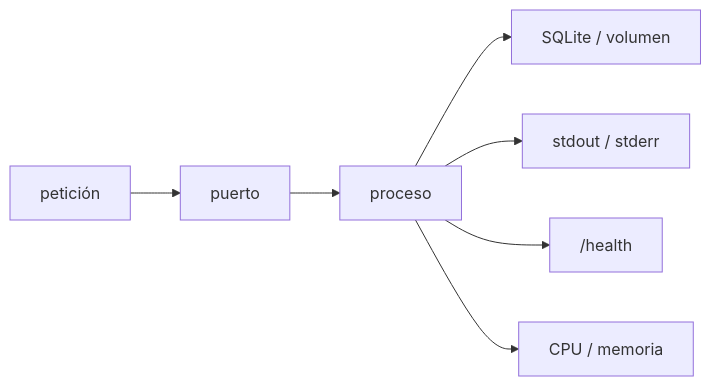
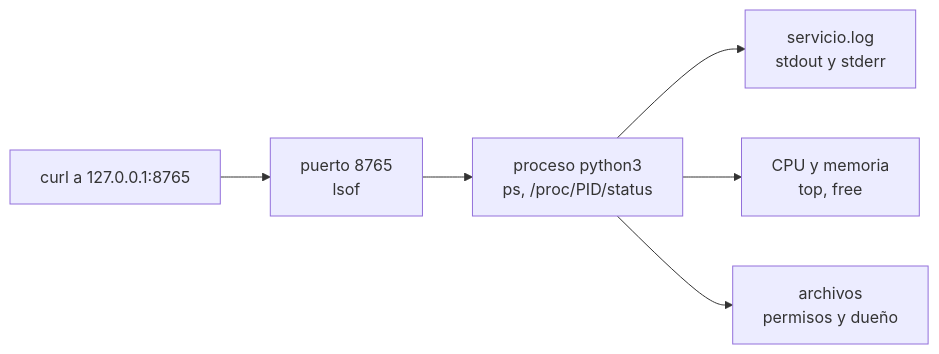
The third of 5 diagrams in web/public/content/foundations/modulo-8.md (NICORUIZ93/The_Imperial_Book), drawn with Mermaid before and after one commit. The commit also changed other lines of this file, not shown here.

````diff
--- a/web/public/content/foundations/modulo-8.md
+++ b/web/public/content/foundations/modulo-8.md
@@ -191,7 +980,8 @@
 ```mermaid
 flowchart LR
-    REQUEST["petición"] --> PORT["puerto"] --> PROCESS2["proceso"] --> DATA["SQLite / volumen"]
-    PROCESS2 --> LOGS["stdout / stderr"]
-    PROCESS2 --> HEALTH["/health"]
-    PROCESS2 --> METRICS["CPU / memoria"]
+    REQ["curl a 127.0.0.1:8765"] --> PORT["puerto 8765<br/>lsof"]
+    PORT --> PROC["proceso python3<br/>ps, /proc/PID/status"]
+    PROC --> LOG["servicio.log<br/>stdout y stderr"]
+    PROC --> RES["CPU y memoria<br/>top, free"]
+    PROC --> FILES["archivos<br/>permisos y dueño"]
 ```
````
